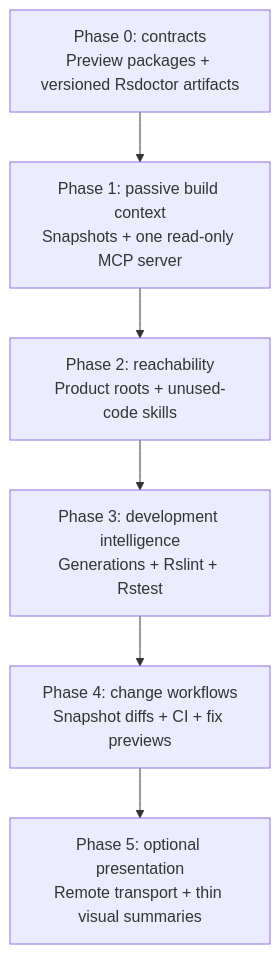
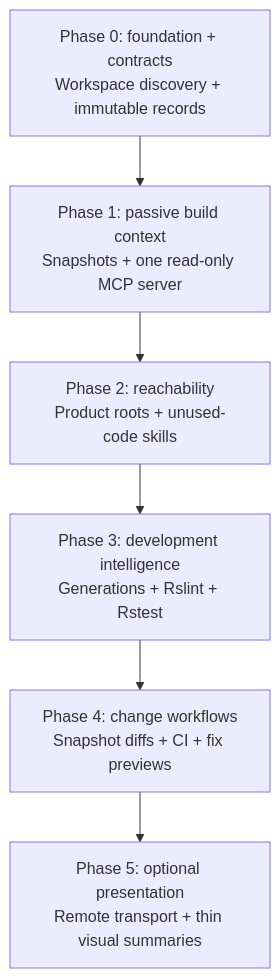
One commit to rstackjs/rstack-cli changed the tenth of 10 diagrams in docs/rfcs/0001-rstack-context-engine.md. Above: the diagram before and after it, drawn with Mermaid. The commit also changed other lines of this file and 8 other files, not shown here.

````diff
--- a/docs/rfcs/0001-rstack-context-engine.md
+++ b/docs/rfcs/0001-rstack-context-engine.md
@@ -1046,11 +1096,11 @@
 ```mermaid
 flowchart TB
-  P0["Phase 0: contracts<br/>Preview packages + versioned Rsdoctor artifacts"]
+  P0["Phase 0: foundation + contracts<br/>Workspace discovery + immutable records"]
   P1["Phase 1: passive build context<br/>Snapshots + one read-only MCP server"]
   P2["Phase 2: reachability<br/>Product roots + unused-code skills"]
   P3["Phase 3: development intelligence<br/>Generations + Rslint + Rstest"]
   P4["Phase 4: change workflows<br/>Snapshot diffs + CI + fix previews"]
   P5["Phase 5: optional presentation<br/>Remote transport + thin visual summaries"]
 
   P0 --> P1 --> P2 --> P3 --> P4 --> P5
 ```
````
